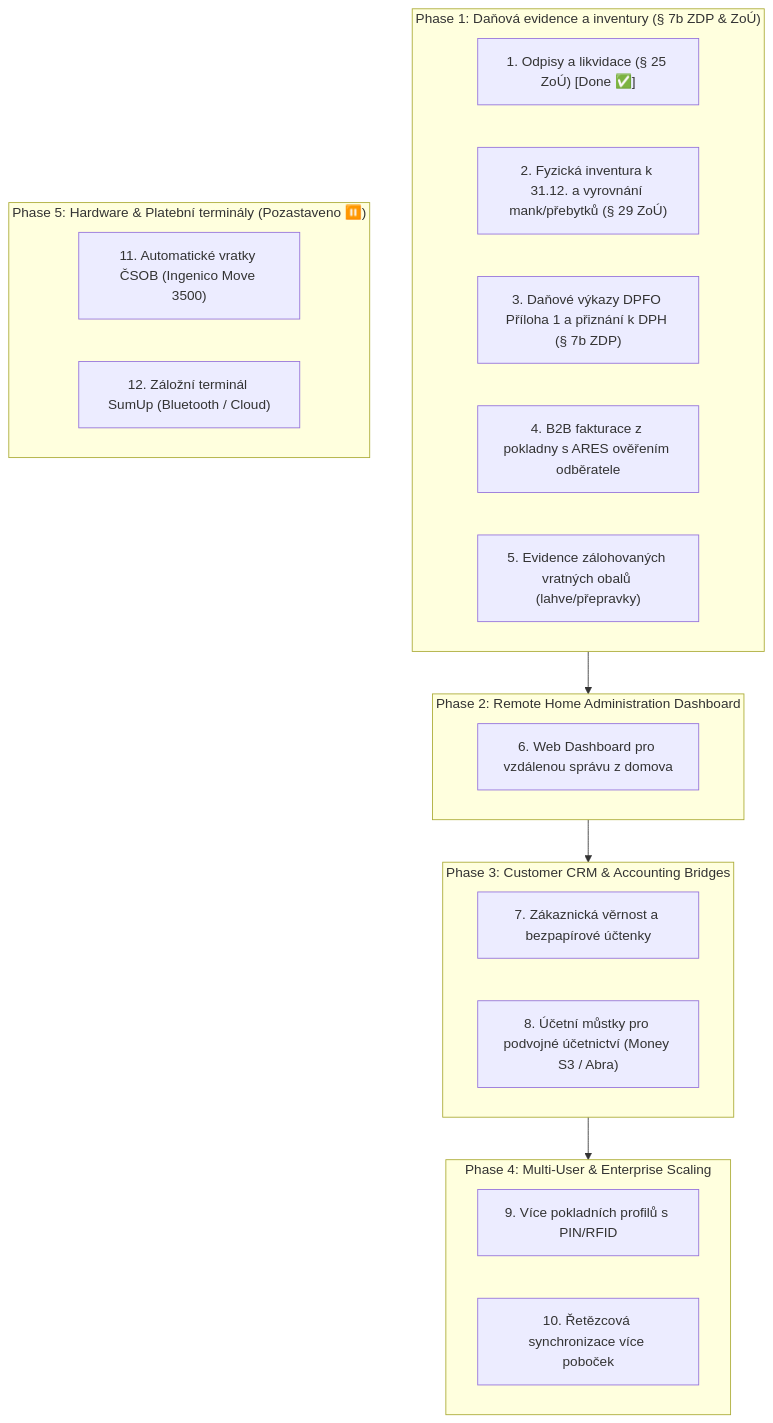
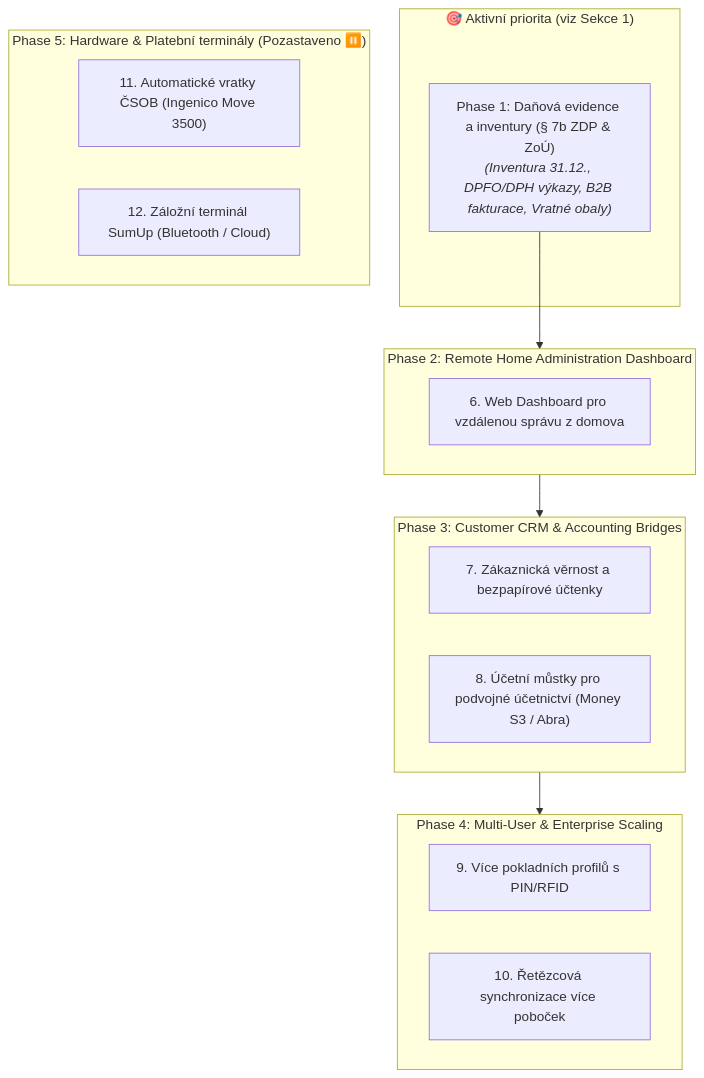
The second of 2 diagrams in docs/ROADMAP.md (MichalKhoa/pos-project), drawn with Mermaid before and after one commit. The commit also changed other lines of this file, not shown here.

Commit message:
docs(roadmap): prioritize Phase 1 tax and inventory tasks 1.1-1.4

````diff
--- a/docs/ROADMAP.md
+++ b/docs/ROADMAP.md
@@ -59,33 +87,29 @@
 ```mermaid
 flowchart TD
-    subgraph Phase1["Phase 1: Daňová evidence a inventury (§ 7b ZDP & ZoÚ)"]
-        P1["1. Odpisy a likvidace (§ 25 ZoÚ) [Done ✅]"]
-        P2["2. Fyzická inventura k 31.12. a vyrovnání mank/přebytků (§ 29 ZoÚ)"]
-        P3["3. Daňové výkazy DPFO Příloha 1 a přiznání k DPH (§ 7b ZDP)"]
-        P4["4. B2B fakturace z pokladny s ARES ověřením odběratele"]
-        P5["5. Evidence zálohovaných vratných obalů (lahve/přepravky)"]
+    subgraph Active["🎯 Aktivní priorita (viz Sekce 1)"]
+        Phase1["Phase 1: Daňová evidence a inventury (§ 7b ZDP & ZoÚ)<br/><i>(Inventura 31.12., DPFO/DPH výkazy, B2B fakturace, Vratné obaly)</i>"]
     end
 
     subgraph Phase2["Phase 2: Remote Home Administration Dashboard"]
         P6["6. Web Dashboard pro vzdálenou správu z domova"]
     end
 
     subgraph Phase3["Phase 3: Customer CRM & Accounting Bridges"]
         P7["7. Zákaznická věrnost a bezpapírové účtenky"]
         P8["8. Účetní můstky pro podvojné účetnictví (Money S3 / Abra)"]
     end
 
     subgraph Phase4["Phase 4: Multi-User & Enterprise Scaling"]
         P9["9. Více pokladních profilů s PIN/RFID"]
         P10["10. Řetězcová synchronizace více poboček"]
     end
 
     subgraph Phase5["Phase 5: Hardware & Platební terminály (Pozastaveno ⏸️)"]
         P11["11. Automatické vratky ČSOB (Ingenico Move 3500)"]
         P12["12. Záložní terminál SumUp (Bluetooth / Cloud)"]
     end
 
     Phase1 --> Phase2
     Phase2 --> Phase3
     Phase3 --> Phase4
 ```
````
